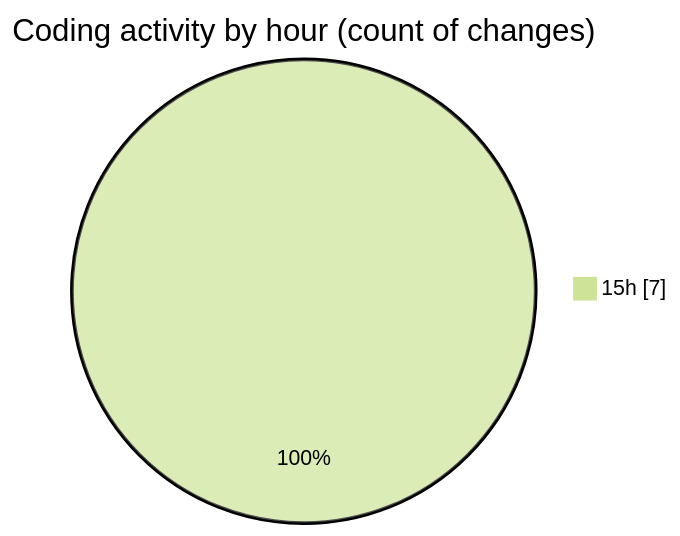
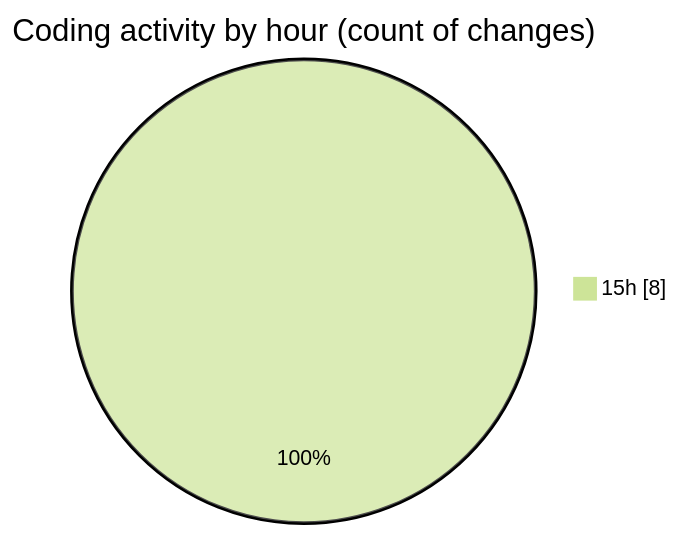
One commit to mevix1/code-tracking changed the second of 2 diagrams in 2025-10-01/oura-api/README.md. Above: the diagram before and after it, drawn with Mermaid (forest theme). The commit also changed other lines of this file and 1 other file, not shown here.

````diff
--- a/2025-10-01/oura-api/README.md
+++ b/2025-10-01/oura-api/README.md
@@ -28,5 +28,5 @@
 ```mermaid
 pie showData
 title Coding activity by hour (count of changes)
-"15h" : 7
+"15h" : 8
 ```
````
